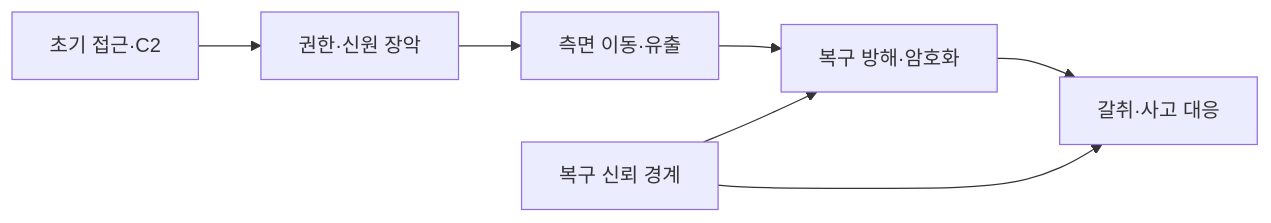
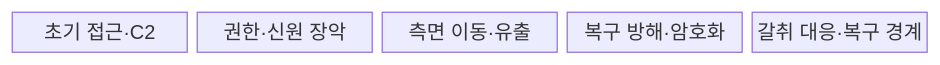
The first of 2 diagrams in src/content/docs/notes/05-security/026_ransomware.md (agnusdei1207/knowledge-base), drawn with Mermaid before and after one commit. The commit also changed other lines of this file and 11 other files, not shown here.

````diff
--- a/src/content/docs/notes/05-security/026_ransomware.md
+++ b/src/content/docs/notes/05-security/026_ransomware.md
@@ -59,9 +61,9 @@
 ```mermaid
-flowchart LR
-    A[초기 접근·C2] --> B[권한·신원 장악]
-    B --> C[측면 이동·유출]
-    C --> D[복구 방해·암호화]
-    D --> E[갈취·사고 대응]
-    F[복구 신뢰 경계] --> D
-    F --> E
+block-beta
+    columns 5
+    A["초기 접근·C2"]
+    B["권한·신원 장악"]
+    C["측면 이동·유출"]
+    D["복구 방해·암호화"]
+    E["갈취 대응·복구 경계"]
 ```
````
